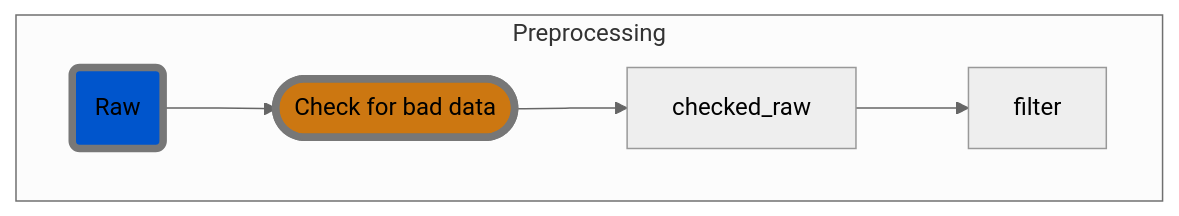
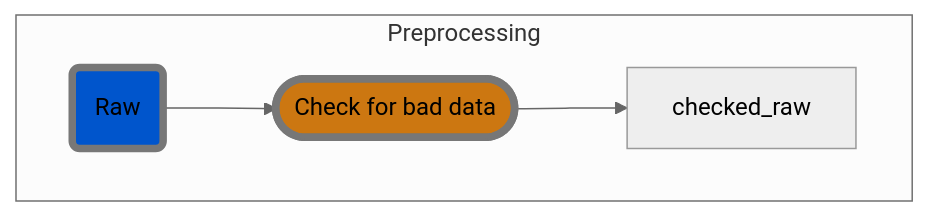
Before and after one commit to hiroyoshi-yamasaki/MNE-MVPA: the diagram in README.md, drawn with Mermaid (neutral theme).

Commit message:
mermaid not working on github

````diff
--- a/README.md
+++ b/README.md
@@ -4,21 +4,21 @@
 ```mermaid
 graph TD
     %% Processes
     classDef automatic_process fill: #b21, stroke-width: 5px, stroke: #777
     classDef manual_process fill: #c71, stroke-width: 5px, stroke: #777
     
     %% Data
     classDef mne_data fill: #05c, stroke-width: 5px, stroke: #777
     classDef event_data fill: #260, stroke-width: 5px, stroke: #777
     classDef other_data fill: #55c, stroke-width: 5px, stroke: #777
 
     %% Preprocessing MEG data
     subgraph "Preprocessing"
     
         %% Manual check for bad channels, artefacts etc.
         raw_data("Raw"):::mne_data --> check_raw(["Check for bad data"]):::manual_process;
         check_raw --> checked_raw;
-        checked_raw --> filter;
+        %% checked_raw --> filter;
     end
     
 ```
````
